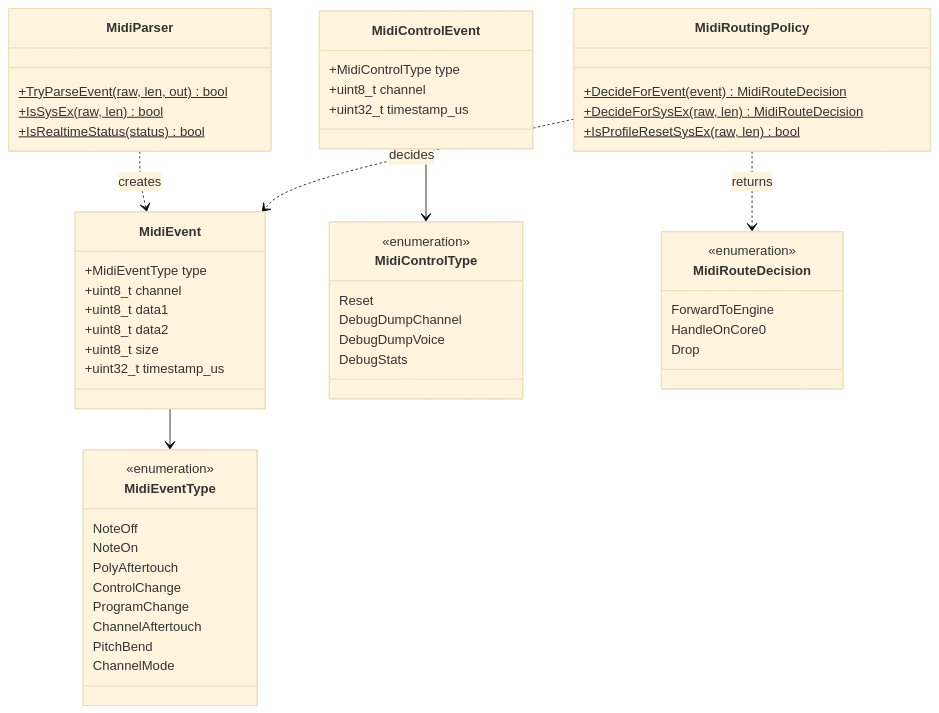
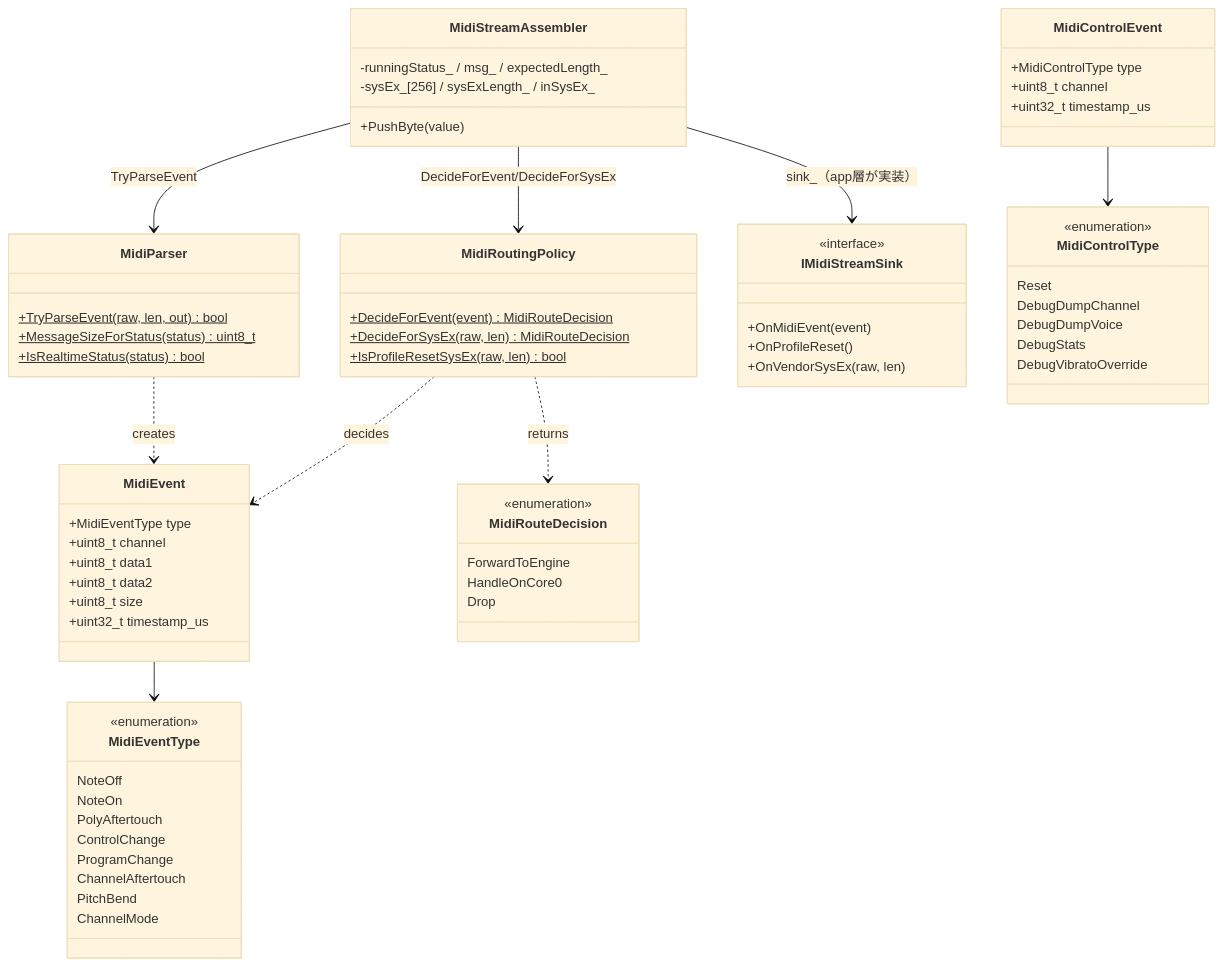
One commit to 46nori/FMSynthEnsembleV3 changed the diagram in doc/domain/domain_midi.md. Above: the diagram before and after it, drawn with Mermaid (base theme). The commit also changed other lines of this file and 42 other files, not shown here.

````diff
--- a/doc/domain/domain_midi.md
+++ b/doc/domain/domain_midi.md
@@ -5,62 +5,79 @@
 ```mermaid
 classDiagram
     class MidiEventType {
         <<enumeration>>
         NoteOff
         NoteOn
         PolyAftertouch
         ControlChange
         ProgramChange
         ChannelAftertouch
         PitchBend
         ChannelMode
     }
 
     class MidiEvent {
         +MidiEventType type
         +uint8_t channel
         +uint8_t data1
         +uint8_t data2
         +uint8_t size
         +uint32_t timestamp_us
     }
 
-    class MidiControlType {
-        <<enumeration>>
-        Reset
-        DebugDumpChannel
-        DebugDumpVoice
-        DebugStats
-    }
-
-    class MidiControlEvent {
-        +MidiControlType type
-        +uint8_t channel
-        +uint32_t timestamp_us
-    }
-
     class MidiParser {
         +TryParseEvent(raw, len, out) bool$
-        +IsSysEx(raw, len) bool$
+        +MessageSizeForStatus(status) uint8_t$
         +IsRealtimeStatus(status) bool$
     }
 
     class MidiRouteDecision {
         <<enumeration>>
         ForwardToEngine
         HandleOnCore0
         Drop
     }
 
     class MidiRoutingPolicy {
         +DecideForEvent(event) MidiRouteDecision$
         +DecideForSysEx(raw, len) MidiRouteDecision$
         +IsProfileResetSysEx(raw, len) bool$
     }
 
+    class MidiControlType {
+        <<enumeration>>
+        Reset
+        DebugDumpChannel
+        DebugDumpVoice
+        DebugStats
+        DebugVibratoOverride
+    }
+
+    class MidiControlEvent {
+        +MidiControlType type
+        +uint8_t channel
+        +uint32_t timestamp_us
+    }
+
+    class IMidiStreamSink {
+        <<interface>>
+        +OnMidiEvent(event)
+        +OnProfileReset()
+        +OnVendorSysEx(raw, len)
+    }
+
+    class MidiStreamAssembler {
+        -runningStatus_ / msg_ / expectedLength_
+        -sysEx_[256] / sysExLength_ / inSysEx_
+        +PushByte(value)
+    }
+
     MidiEvent --> MidiEventType
     MidiControlEvent --> MidiControlType
     MidiParser ..> MidiEvent : creates
     MidiRoutingPolicy ..> MidiEvent : decides
     MidiRoutingPolicy ..> MidiRouteDecision : returns
+    MidiStreamAssembler --> MidiParser : TryParseEvent
+    MidiStreamAssembler --> MidiRoutingPolicy : DecideForEvent/DecideForSysEx
+    MidiStreamAssembler --> IMidiStreamSink : sink_（app層が実装）
 ```
````
